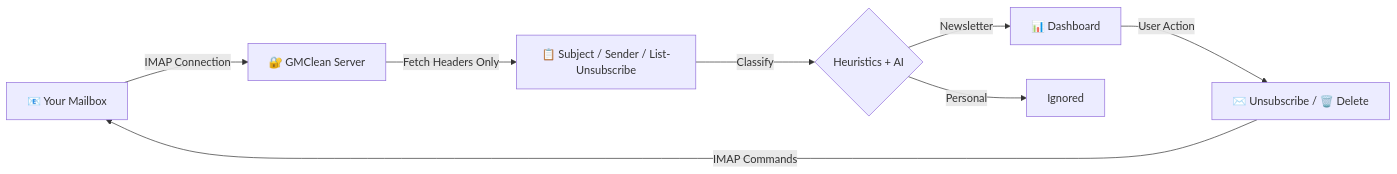
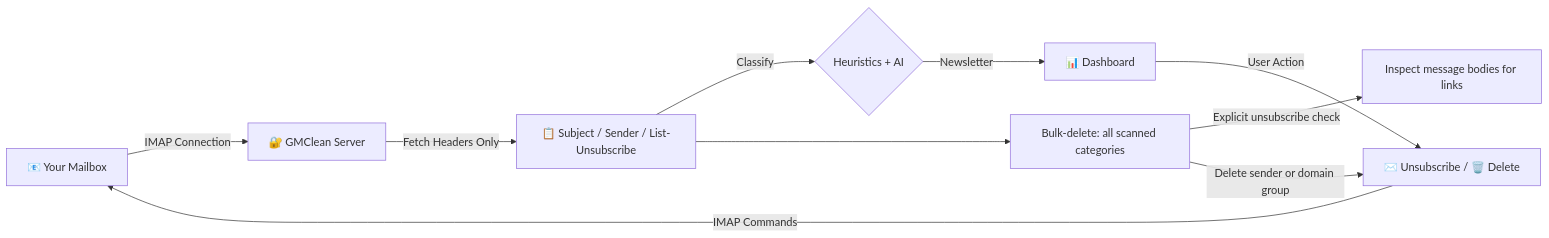
The diagram in README.md (h-khalid-h/GMClean), drawn with Mermaid before and after one commit. The commit also changed other lines of this file, not shown here.

````diff
--- a/README.md
+++ b/README.md
@@ -115,10 +139,12 @@
 ```mermaid
 flowchart LR
     A[📧 Your Mailbox] -->|IMAP Connection| B[🔐 GMClean Server]
     B -->|Fetch Headers Only| C[📋 Subject / Sender / List-Unsubscribe]
     C -->|Classify| D{Heuristics + AI}
     D -->|Newsletter| E[📊 Dashboard]
-    D -->|Personal| F[Ignored]
+    C --> H[Bulk-delete: all scanned categories]
+    H -->|Explicit unsubscribe check| I[Inspect message bodies for links]
+    H -->|Delete sender or domain group| G
     E -->|User Action| G[✉️ Unsubscribe / 🗑️ Delete]
     G -->|IMAP Commands| A
 ```
````
